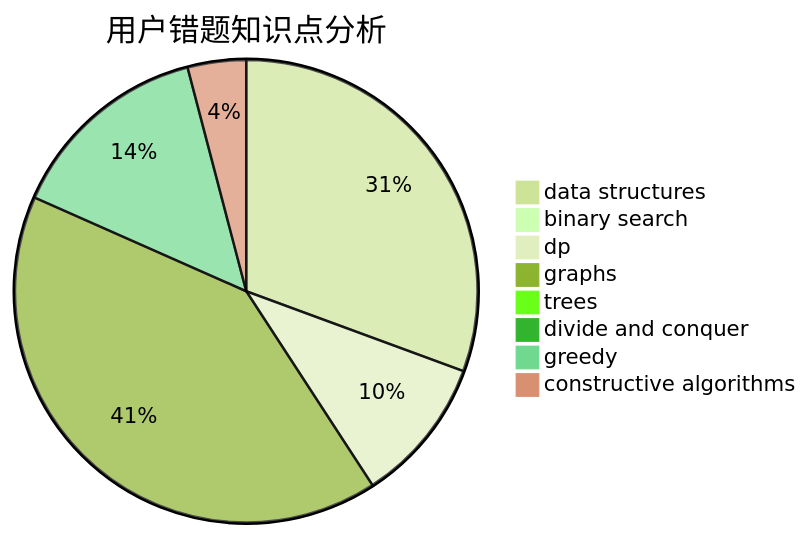
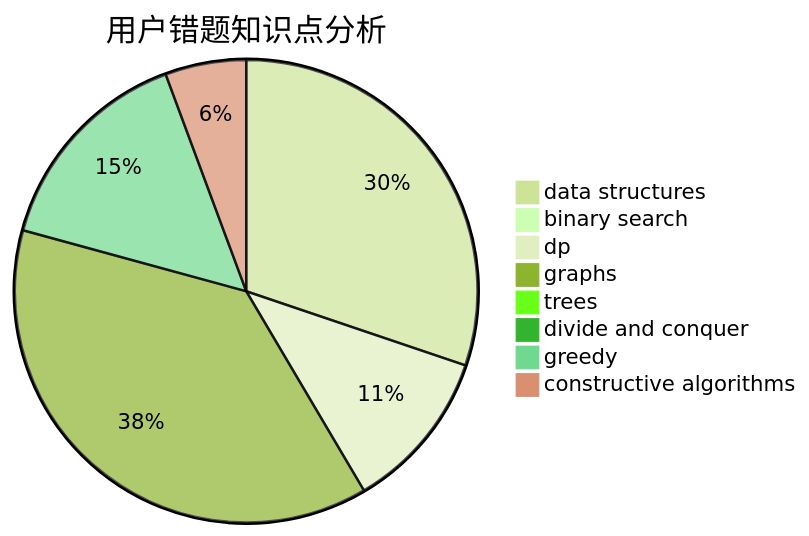
The third of 3 diagrams in docs/user/u1408.md (sherpahu/cfrs.github.io), drawn with Mermaid (forest theme) before and after one commit. The commit also changed other lines of this file and 2770 other files, not shown here.

````diff
--- a/docs/user/u1408.md
+++ b/docs/user/u1408.md
@@ -36,11 +36,11 @@
 ```mermaid
 pie title 用户错题知识点分析
-    "data structures" :  15
+    "data structures" :  16
     "binary search" :  0
-    "dp" :  5
+    "dp" :  6
     "graphs" :  20
     "trees" :  0
     "divide and conquer" :  0
-    "greedy" :  7
-    "constructive algorithms" :  2
+    "greedy" :  8
+    "constructive algorithms" :  3
 ```
````
